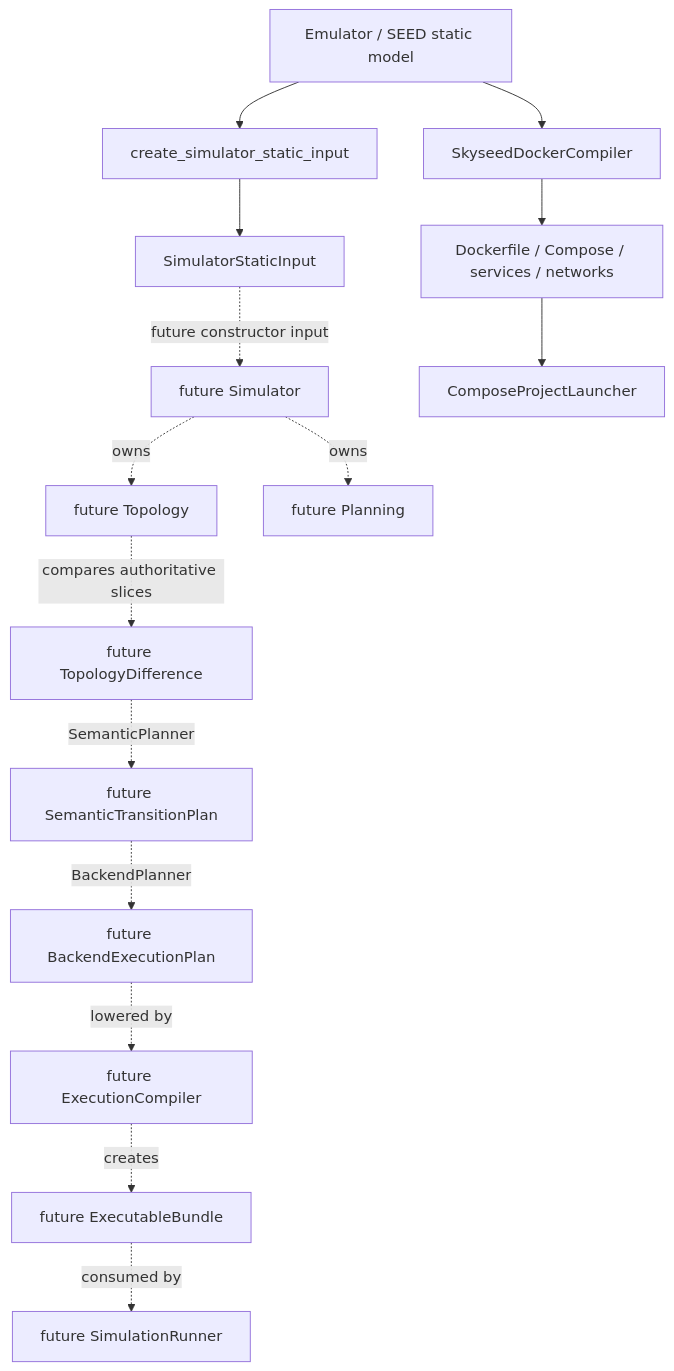
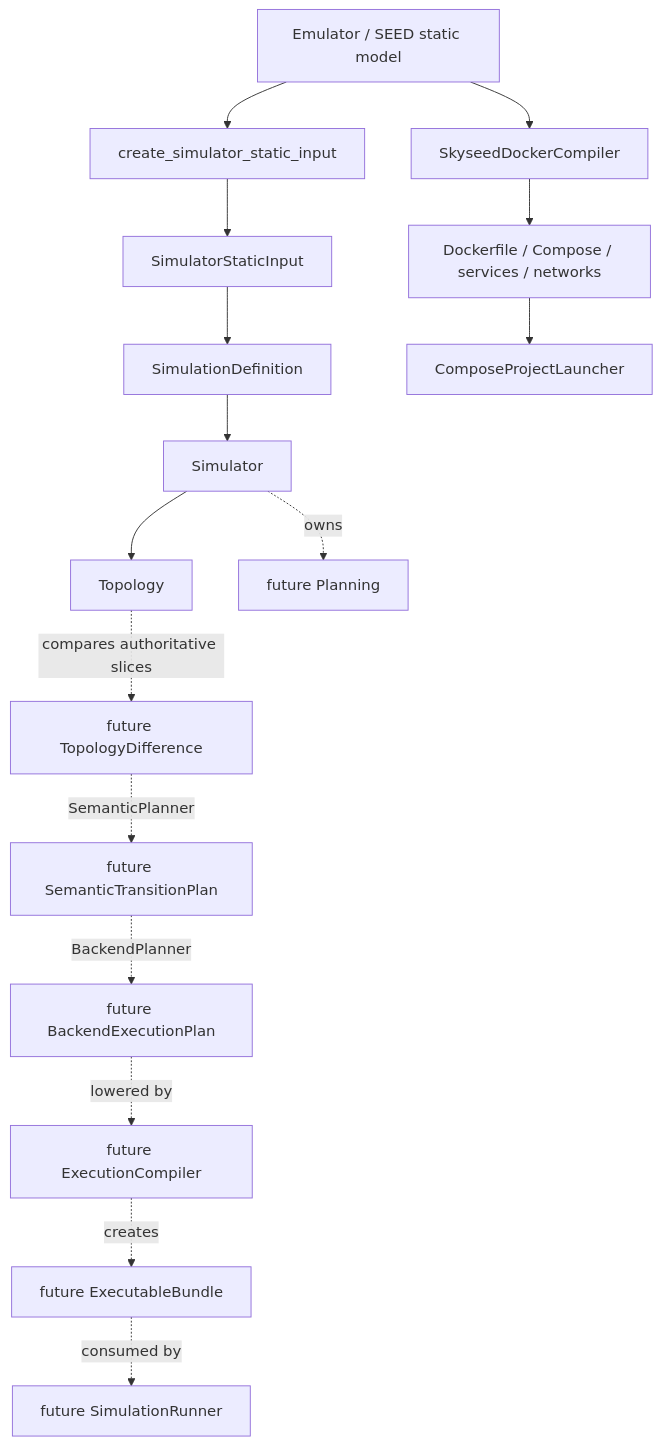
The seventh of 8 diagrams in skyseed_v2/docs/architecture/diagrams.md (seed-labs/skyseed), drawn with Mermaid before and after one commit. The commit also changed other lines of this file and 38 other files, not shown here.

Commit message:
Converge Simulator slice 1 architecture

````diff
--- a/skyseed_v2/docs/architecture/diagrams.md
+++ b/skyseed_v2/docs/architecture/diagrams.md
@@ -176,19 +196,20 @@
 ```mermaid
 flowchart TD
     E[Emulator / SEED static model]
     E --> ADAPT[create_simulator_static_input]
     ADAPT --> INPUT[SimulatorStaticInput]
-    INPUT -. future constructor input .-> SIM[future Simulator]
-    SIM -. owns .-> TOP[future Topology]
+    INPUT --> DEF[SimulationDefinition]
+    DEF --> SIM[Simulator]
+    SIM --> TOP[Topology]
     SIM -. owns .-> PLAN[future Planning]
     TOP -. compares authoritative slices .-> DIFF[future TopologyDifference]
     DIFF -. SemanticPlanner .-> SEM[future SemanticTransitionPlan]
     SEM -. BackendPlanner .-> BACK[future BackendExecutionPlan]
     BACK -. lowered by .-> EXEC[future ExecutionCompiler]
     EXEC -. creates .-> BUNDLE[future ExecutableBundle]
     BUNDLE -. consumed by .-> RUN[future SimulationRunner]
 
     E --> DOCKER[SkyseedDockerCompiler]
     DOCKER --> DEPLOY[Dockerfile / Compose / services / networks]
     DEPLOY --> LAUNCH[ComposeProjectLauncher]
 ```
````
